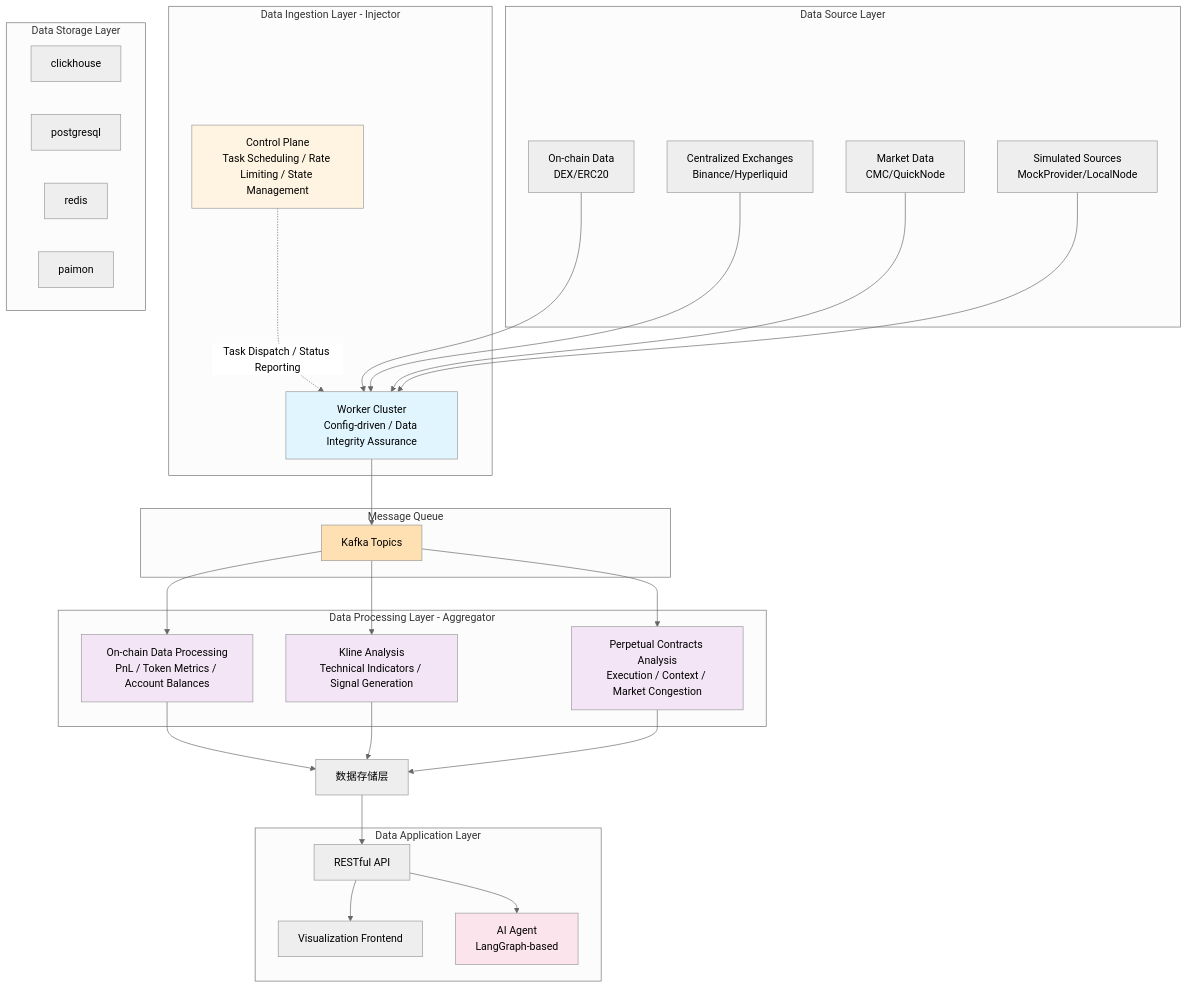
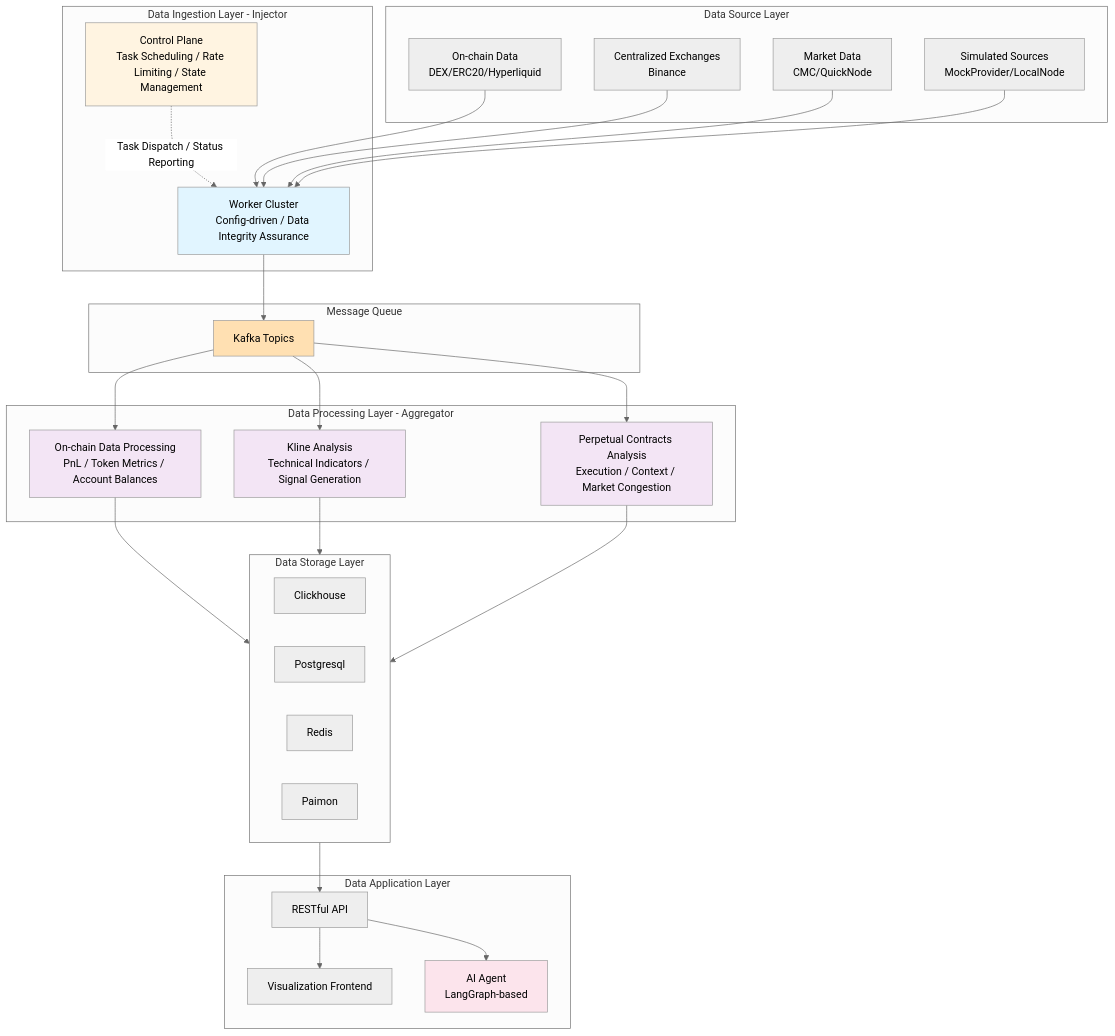
Before and after one commit to sjtutwilight/CryptoAgent: the first of 12 diagrams in README.md, drawn with Mermaid (neutral theme). The commit also changed other lines of this file, not shown here.

````diff
--- a/README.md
+++ b/README.md
@@ -20,62 +12,62 @@
 ```mermaid
 graph TB
     subgraph "Data Source Layer"
-        DS1[On-chain Data<br/>DEX/ERC20]
-        DS2[Centralized Exchanges<br/>Binance/Hyperliquid]
+        DS1[On-chain Data<br/>DEX/ERC20/Hyperliquid]
+        DS2[Centralized Exchanges<br/>Binance]
         DS3[Market Data<br/>CMC/QuickNode]
         DS4[Simulated Sources<br/>MockProvider/LocalNode]
     end
 
     subgraph "Data Ingestion Layer - Injector"
         C[Control Plane<br/>Task Scheduling / Rate Limiting / State Management]
         W[Worker Cluster<br/>Config-driven / Data Integrity Assurance]
         C -.Task Dispatch / Status Reporting.-> W
     end
 
     subgraph "Message Queue"
         K[Kafka Topics]
     end
 
     subgraph "Data Processing Layer - Aggregator"
         F1[On-chain Data Processing<br/>PnL / Token Metrics / Account Balances]
         F2[Kline Analysis<br/>Technical Indicators / Signal Generation]
         F3[Perpetual Contracts Analysis<br/>Execution / Context / Market Congestion]
     end
 
-    subgraph "Data Storage Layer"
-        clickhouse
-        postgresql
-        redis
-        paimon
+    subgraph CH ["Data Storage Layer"]
+        Clickhouse
+        Postgresql
+        Redis
+        Paimon
     end
 
     subgraph "Data Application Layer"
         API[RESTful API]
         FE[Visualization Frontend]
         AG[AI Agent<br/>LangGraph-based]
     end
 
     DS1 --> W
     DS2 --> W
     DS3 --> W
     DS4 --> W
     W --> K
     K --> F1
     K --> F2
     K --> F3
-    F1 --> 数据存储层
-    F2 --> 数据存储层
-    F3 --> 数据存储层
-    数据存储层 --> API
+    F1 --> CH 
+    F2 --> CH 
+    F3 --> CH 
+    CH  --> API
     API --> FE
     API --> AG
 
     style C fill:#fff4e1
     style W fill:#e1f5ff
     style K fill:#ffe0b2
     style F1 fill:#f3e5f5
     style F2 fill:#f3e5f5
     style F3 fill:#f3e5f5
     style AG fill:#fce4ec
 
 ```
````
